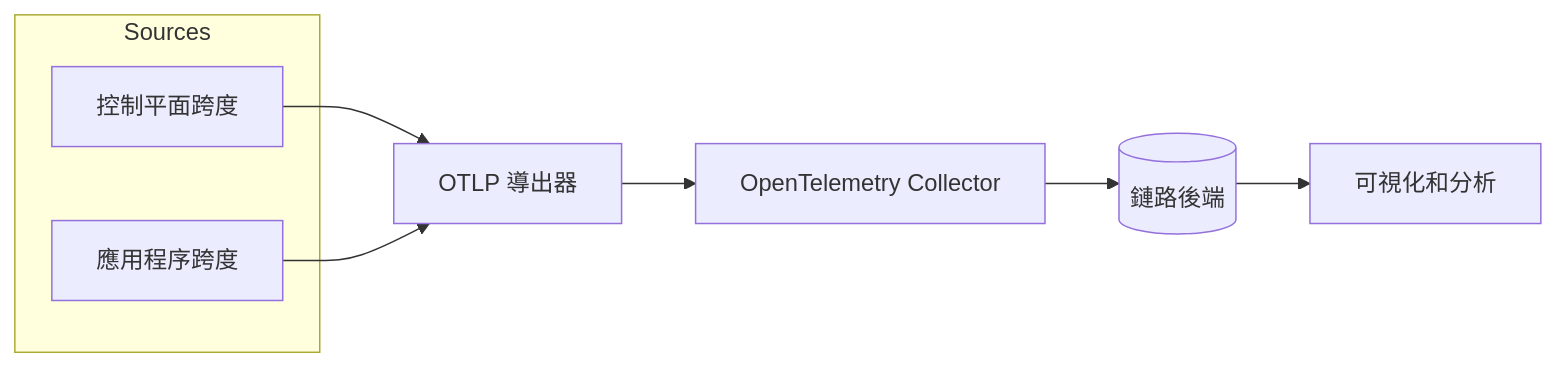
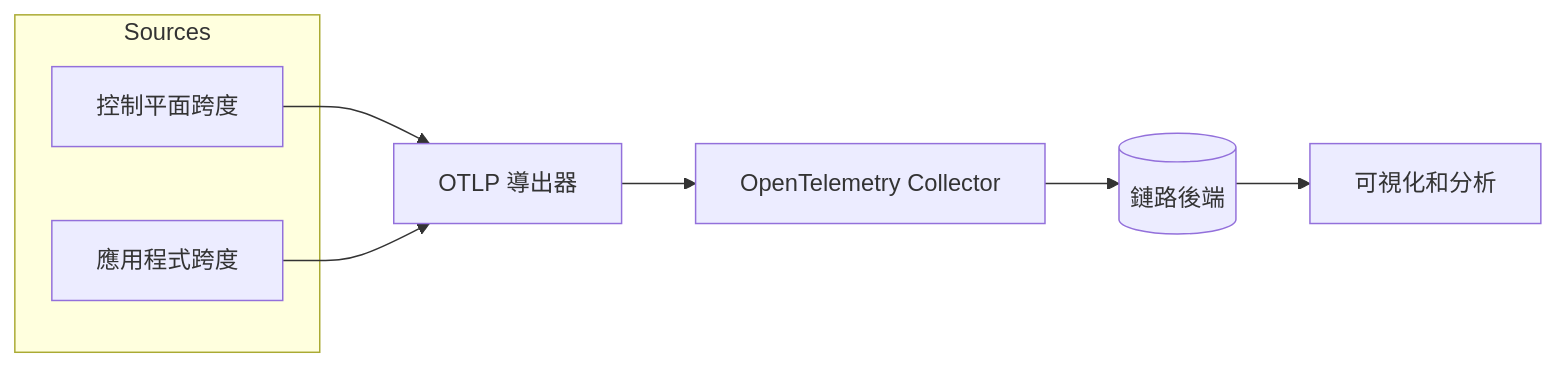
One commit to kubernetes/website changed the fourth of 4 diagrams in content/zh-tw/docs/concepts/cluster-administration/observability.md. Above: the diagram before and after it, drawn with Mermaid. The commit also changed other lines of this file and 1309 other files, not shown here.

```diff
--- a/content/zh-tw/docs/concepts/cluster-administration/observability.md
+++ b/content/zh-tw/docs/concepts/cluster-administration/observability.md
@@ -288,12 +288,12 @@
 {{< mermaid >}}
 flowchart LR
     subgraph Sources
         A[控制平面跨度]
-        B[應用程序跨度]
+        B[應用程式跨度]
     end
     A --> X[OTLP 導出器]
     B --> X
     X --> COL[OpenTelemetry Collector]
     COL --> TS[(鏈路後端)]
     TS --> V[可視化和分析]
 {{< /mermaid >}}
```
